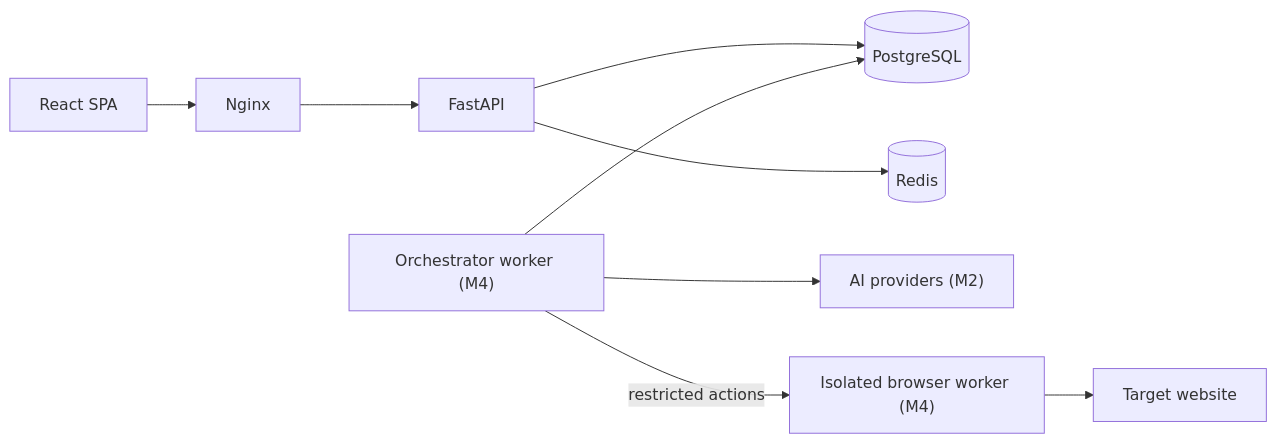
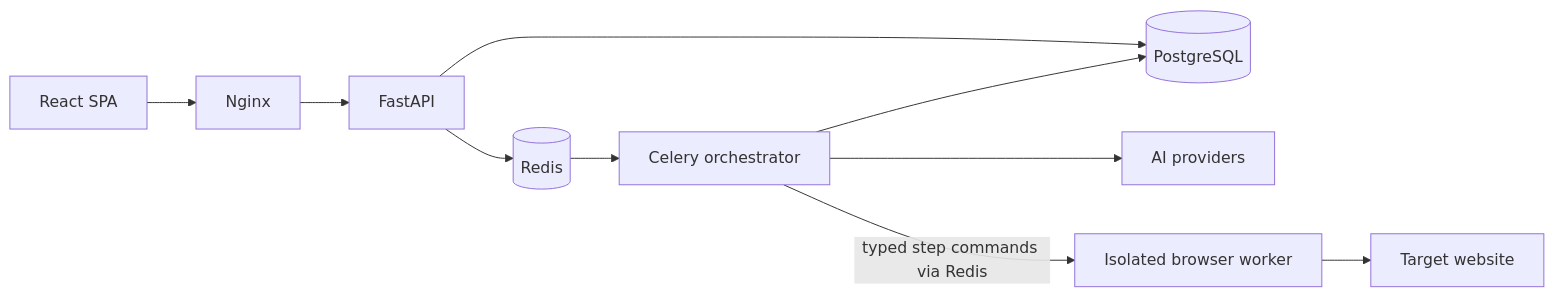
The diagram in README.md (AnthonyJVS/TestPilot), drawn with Mermaid before and after one commit. The commit also changed other lines of this file and 57 other files, not shown here.

````diff
--- a/README.md
+++ b/README.md
@@ -34,10 +35,11 @@
 ```mermaid
 flowchart LR
     SPA["React SPA"] --> NGINX["Nginx"] --> API["FastAPI"]
     API --> PG[("PostgreSQL")]
     API --> REDIS[("Redis")]
-    ORCH["Orchestrator worker (M4)"] --> PG
-    ORCH --> AI["AI providers (M2)"]
-    ORCH -- "restricted actions" --> BW["Isolated browser worker (M4)"]
+    REDIS --> ORCH["Celery orchestrator"]
+    ORCH --> PG
+    ORCH --> AI["AI providers"]
+    ORCH -- "typed step commands via Redis" --> BW["Isolated browser worker"]
     BW --> SITE["Target website"]
 ```
````
